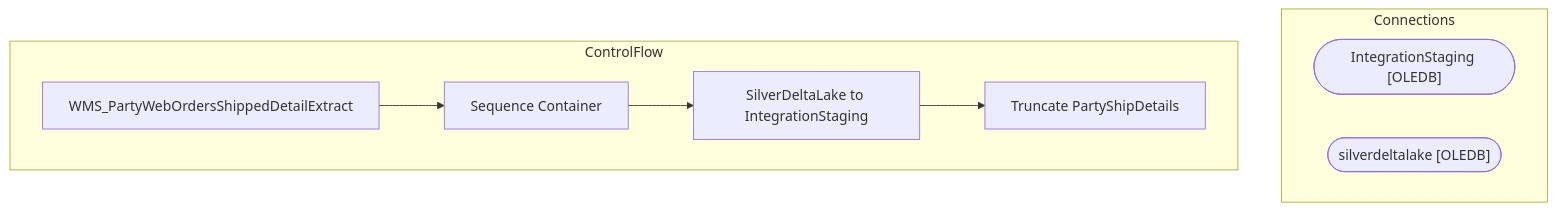
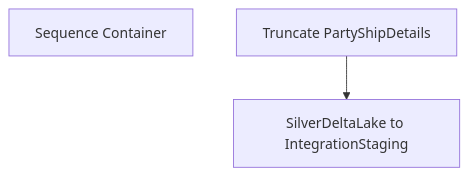
One commit to juanandresbrain/BABSkills changed the diagram in bab-docs-explorer/Documentation/STL-SSIS-P-01/SSIS/WMS/WMS_PartyWebOrdersShippedDetailExtract.WMS_PartyWebOrdersShippedDetailExtract.md. Above: the diagram before and after it, drawn with Mermaid. The commit also changed other lines of this file and 273 other files, not shown here.

````diff
--- a/bab-docs-explorer/Documentation/STL-SSIS-P-01/SSIS/WMS/WMS_PartyWebOrdersShippedDetailExtract.WMS_PartyWebOrdersShippedDetailExtract.md
+++ b/bab-docs-explorer/Documentation/STL-SSIS-P-01/SSIS/WMS/WMS_PartyWebOrdersShippedDetailExtract.WMS_PartyWebOrdersShippedDetailExtract.md
@@ -9,16 +33,7 @@
 ```mermaid
 flowchart TD
-    subgraph Connections
-        IntegrationStaging_conn(["IntegrationStaging [OLEDB]"])
-        silverdeltalake_conn(["silverdeltalake [OLEDB]"])
-    end
-    subgraph ControlFlow
-        WMS_PartyWebOrdersShippedDetailExtract_task["WMS_PartyWebOrdersShippedDetailExtract"]
-        Sequence_Container_task["Sequence Container"]
-        WMS_PartyWebOrdersShippedDetailExtract_task --> Sequence_Container_task
-        SilverDeltaLake_to_IntegrationStaging_task["SilverDeltaLake to IntegrationStaging"]
-        Sequence_Container_task --> SilverDeltaLake_to_IntegrationStaging_task
-        Truncate_PartyShipDetails_task["Truncate PartyShipDetails"]
-        SilverDeltaLake_to_IntegrationStaging_task --> Truncate_PartyShipDetails_task
-    end
+    n_Package_Sequence_Container["Sequence Container"]
+    n_Package_Sequence_Container_SilverDeltaLake_to_IntegrationStaging["SilverDeltaLake to IntegrationStaging"]
+    n_Package_Sequence_Container_Truncate_PartyShipDetails["Truncate PartyShipDetails"]
+    n_Package_Sequence_Container_Truncate_PartyShipDetails --> n_Package_Sequence_Container_SilverDeltaLake_to_IntegrationStaging
 ```
````
